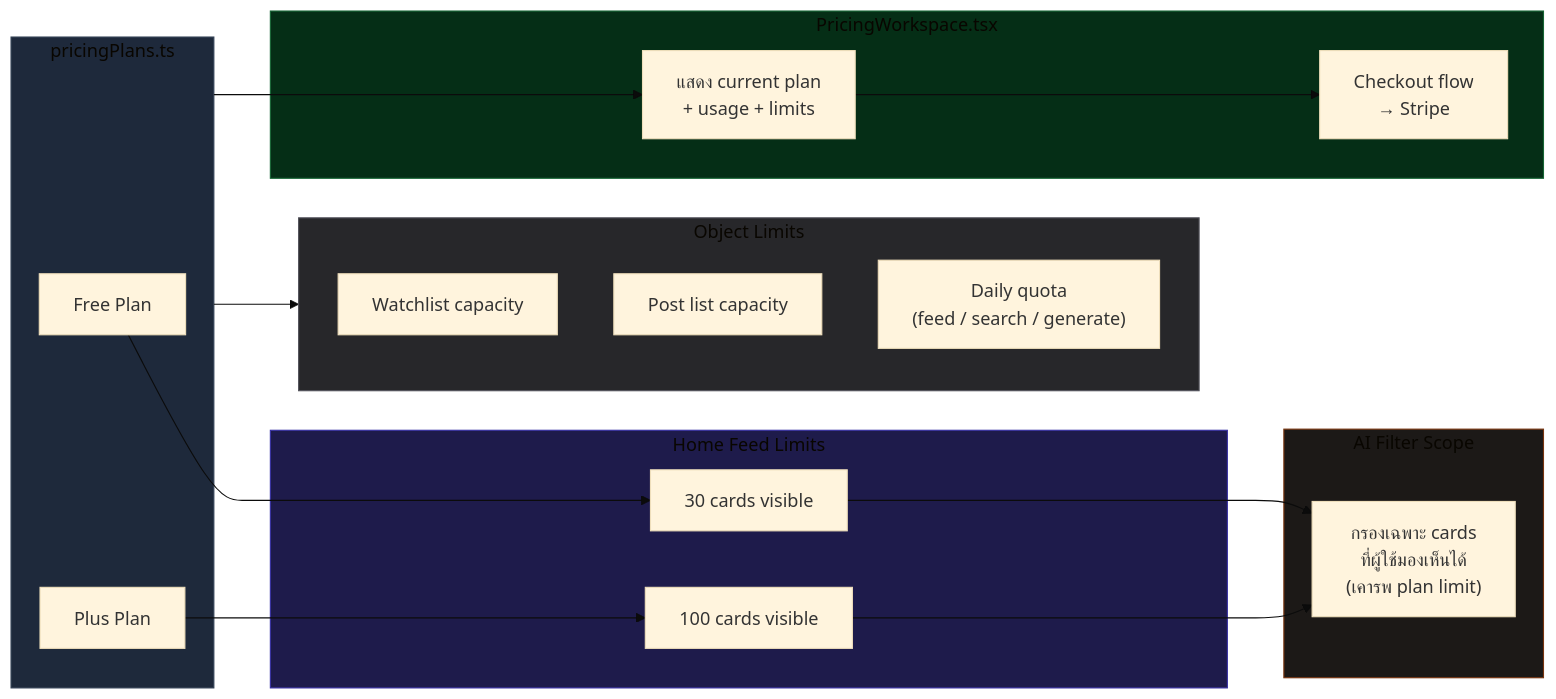
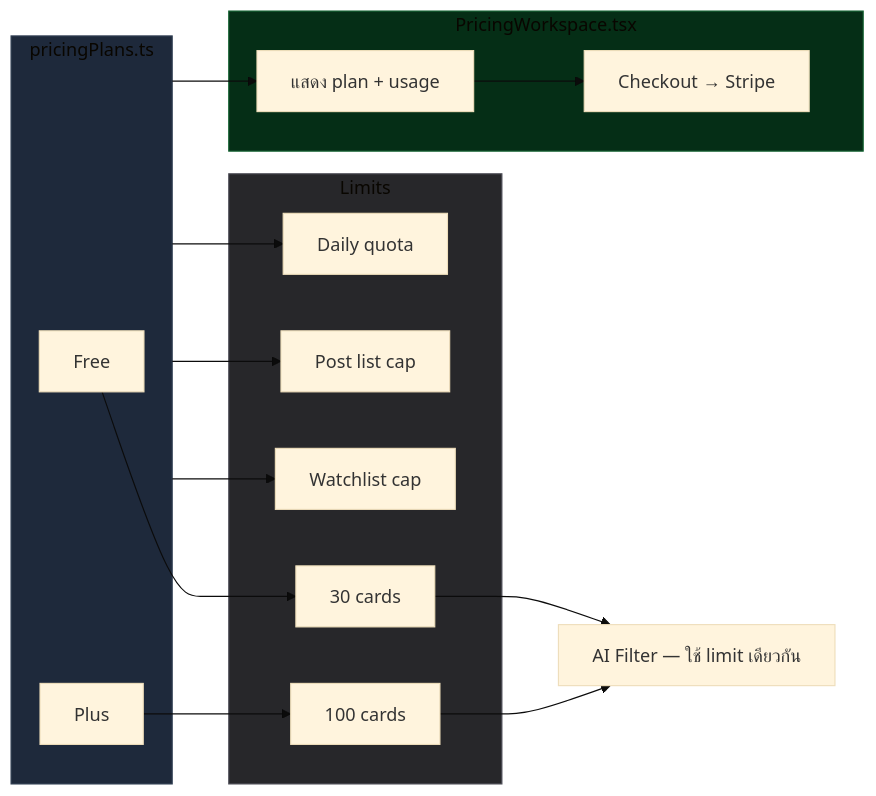
Before and after one commit to thefogusz/test: the diagram in docs/features/pricing-workspace.md, drawn with Mermaid (base theme). The commit also changed 10 other files, not shown here.

First line of the commit message:
Translate all English docs to Thai + fix diagram readability

````diff
--- a/docs/features/pricing-workspace.md
+++ b/docs/features/pricing-workspace.md
@@ -16,40 +16,32 @@
 ```mermaid
 flowchart LR
     subgraph Plans["pricingPlans.ts"]
-        FREE["Free Plan"]
-        PLUS["Plus Plan"]
+        FREE[Free]
+        PLUS[Plus]
     end
 
-    subgraph HomeLimits["Home Feed Limits"]
-        FREE_CARDS["30 cards visible"]
-        PLUS_CARDS["100 cards visible"]
+    subgraph Limits["Limits"]
+        FREE_L[30 cards]
+        PLUS_L[100 cards]
+        WATCHLIST[Watchlist cap]
+        LISTCAP[Post list cap]
+        QUOTA[Daily quota]
     end
 
-    subgraph AIFilter["AI Filter Scope"]
-        AI_SCOPE["กรองเฉพาะ cards\nที่ผู้ใช้มองเห็นได้\n(เคารพ plan limit)"]
+    FILTER[AI Filter — ใช้ limit เดียวกัน]
+
+    subgraph UI["PricingWorkspace.tsx"]
+        DISPLAY[แสดง plan + usage]
+        UPGRADE[Checkout → Stripe]
     end
 
-    subgraph ObjectLimits["Object Limits"]
-        WATCHLIST_CAP["Watchlist capacity"]
-        LIST_CAP["Post list capacity"]
-        QUOTA["Daily quota\n(feed / search / generate)"]
-    end
-
-    subgraph Checkout["PricingWorkspace.tsx"]
-        DISPLAY["แสดง current plan\n+ usage + limits"]
-        UPGRADE["Checkout flow\n→ Stripe"]
-    end
-
-    FREE --> FREE_CARDS
-    PLUS --> PLUS_CARDS
-    FREE_CARDS & PLUS_CARDS --> AI_SCOPE
-    Plans --> ObjectLimits
-    Plans --> DISPLAY
-    DISPLAY --> UPGRADE
+    FREE --> FREE_L
+    PLUS --> PLUS_L
+    FREE_L & PLUS_L --> FILTER
+    Plans --> WATCHLIST & LISTCAP & QUOTA
+    Plans --> DISPLAY --> UPGRADE
 
     style Plans fill:#1e293b,stroke:#334155
-    style HomeLimits fill:#1e1b4b,stroke:#3730a3
-    style AIFilter fill:#1c1917,stroke:#78350f
-    style ObjectLimits fill:#27272a,stroke:#52525b
-    style Checkout fill:#052e16,stroke:#166534
+    style Limits fill:#27272a,stroke:#52525b
+    style UI fill:#052e16,stroke:#166534
 ```
````
